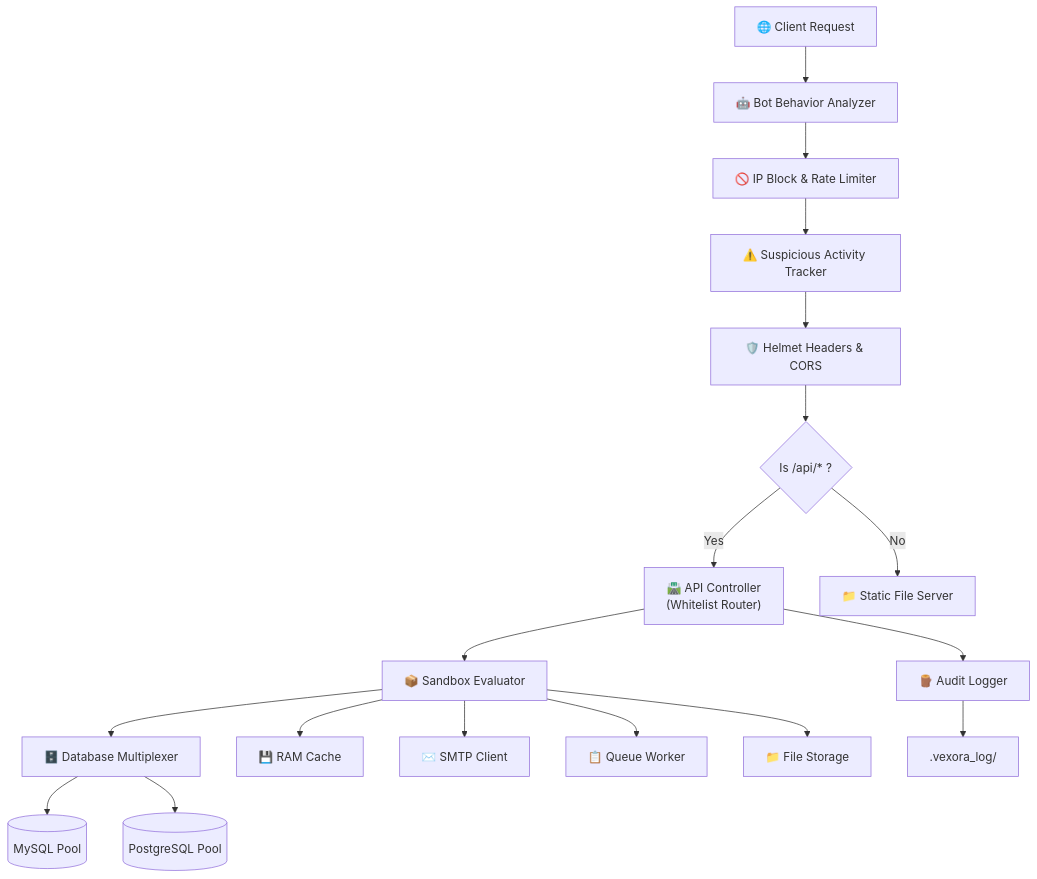
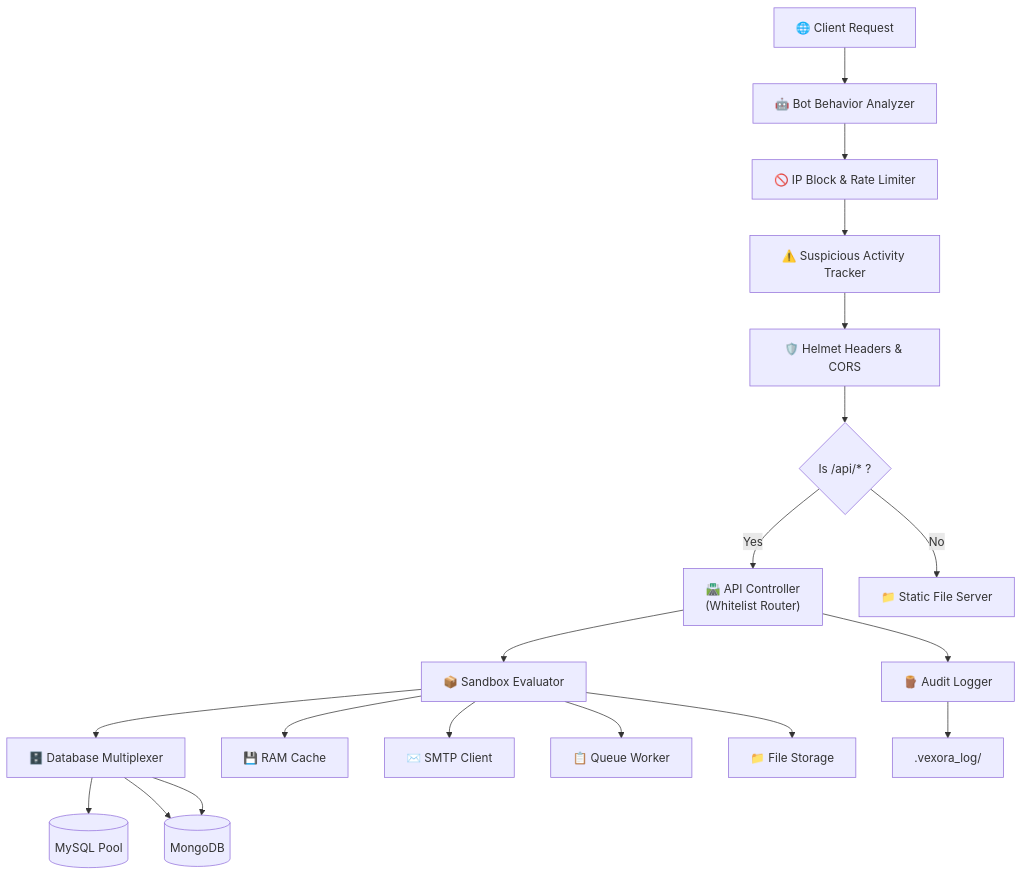
The diagram in README.md (Satyam9725/vexora), drawn with Mermaid before and after one commit.

Commit message:
Add MongoDB connection to README diagram

````diff
--- a/README.md
+++ b/README.md
@@ -286,20 +286,21 @@
 ```mermaid
 graph TD
     Client["🌐 Client Request"] --> BotShield["🤖 Bot Behavior Analyzer"]
     BotShield --> IPGuard["🚫 IP Block & Rate Limiter"]
     IPGuard --> SuspiciousTracker["⚠️ Suspicious Activity Tracker"]
     SuspiciousTracker --> SecurityHeaders["🛡️ Helmet Headers & CORS"]
     SecurityHeaders --> RouteDecision{"Is /api/* ?"}
     RouteDecision -->|Yes| ApiController["🛣️ API Controller<br/>(Whitelist Router)"]
     RouteDecision -->|No| StaticServer["📁 Static File Server"]
     ApiController --> Sandbox["📦 Sandbox Evaluator"]
     Sandbox --> DB["🗄️ Database Multiplexer"]
     Sandbox --> Cache["💾 RAM Cache"]
     Sandbox --> Mail["✉️ SMTP Client"]
     Sandbox --> Queue["📋 Queue Worker"]
     Sandbox --> Storage["📁 File Storage"]
     DB --> MySQL[("MySQL Pool")]
     DB --> PG[("PostgreSQL Pool")]
+    DB --> PG[("MongoDB")]
     ApiController --> Logger["🪵 Audit Logger"]
     Logger --> Disk[".vexora_log/"]
 ```
````
